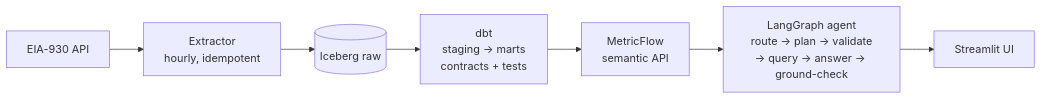
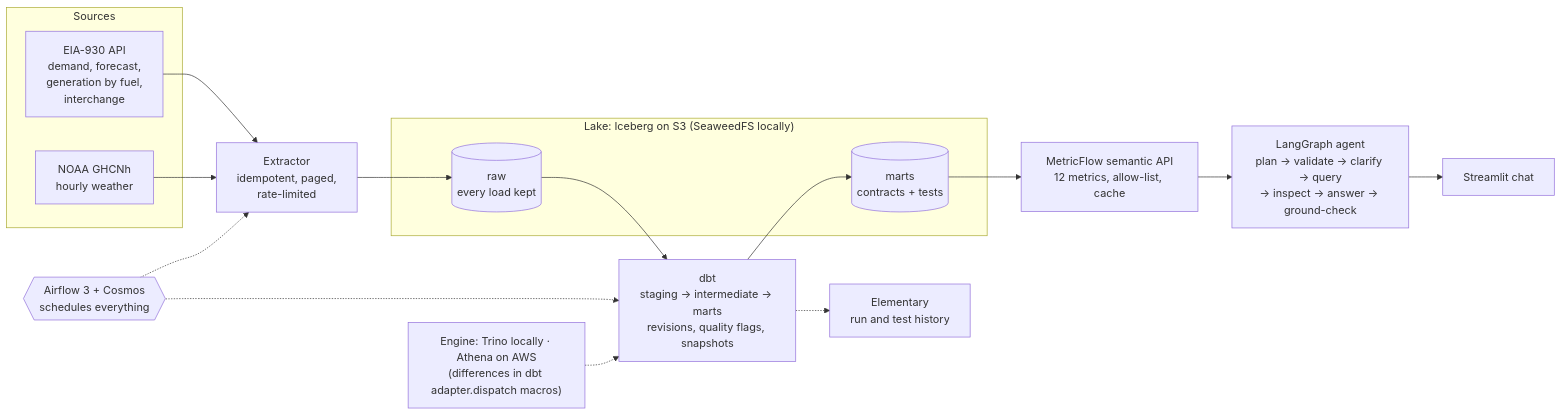
One commit to debolai/gridpulse changed the diagram in README.md. Above: the diagram before and after it, drawn with Mermaid. The commit also changed other lines of this file and 8 other files, not shown here.

````diff
--- a/README.md
+++ b/README.md
@@ -15,9 +40,23 @@
 ```mermaid
 flowchart LR
-  EIA[EIA-930 API] --> X[Extractor<br/>hourly, idempotent]
-  X --> R[(Iceberg raw)]
-  R --> D[dbt<br/>staging → marts<br/>contracts + tests]
-  D --> M[MetricFlow<br/>semantic API]
-  M --> A[LangGraph agent<br/>route → plan → validate<br/>→ query → answer → ground-check]
-  A --> U[Streamlit UI]
+  subgraph Sources
+    EIA[EIA-930 API<br/>demand, forecast,<br/>generation by fuel,<br/>interchange]
+    NOAA[NOAA GHCNh<br/>hourly weather]
+  end
+  subgraph Lake["Lake: Iceberg on S3 (SeaweedFS locally)"]
+    RAW[(raw<br/>every load kept)]
+    MARTS[(marts<br/>contracts + tests)]
+  end
+  EIA --> X[Extractor<br/>idempotent, paged,<br/>rate-limited]
+  NOAA --> X
+  X --> RAW
+  RAW --> DBT[dbt<br/>staging → intermediate → marts<br/>revisions, quality flags, snapshots]
+  DBT --> MARTS
+  MARTS --> MF[MetricFlow semantic API<br/>12 metrics, allow-list, cache]
+  MF --> AG[LangGraph agent<br/>plan → validate → clarify → query<br/>→ inspect → answer → ground-check]
+  AG --> UI[Streamlit chat]
+  AF{{Airflow 3 + Cosmos<br/>schedules everything}} -.-> X
+  AF -.-> DBT
+  DBT -.-> EL[Elementary<br/>run and test history]
+  ENG["Engine: Trino locally · Athena on AWS<br/>(differences in dbt adapter.dispatch macros)"] -.-> DBT
 ```
````
